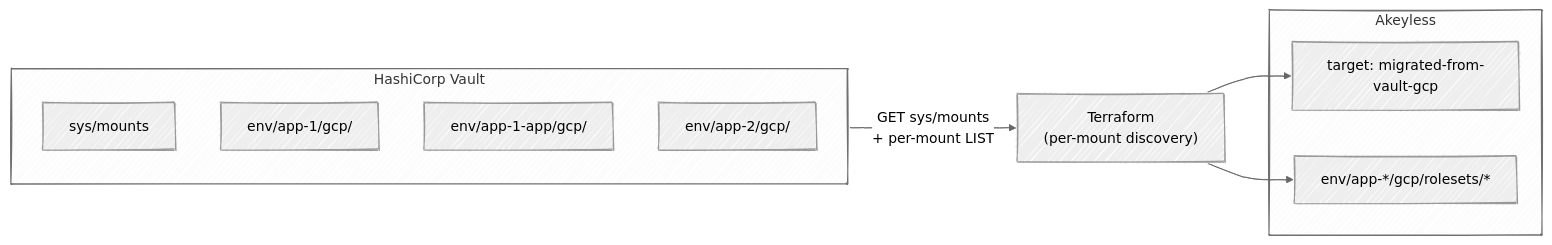
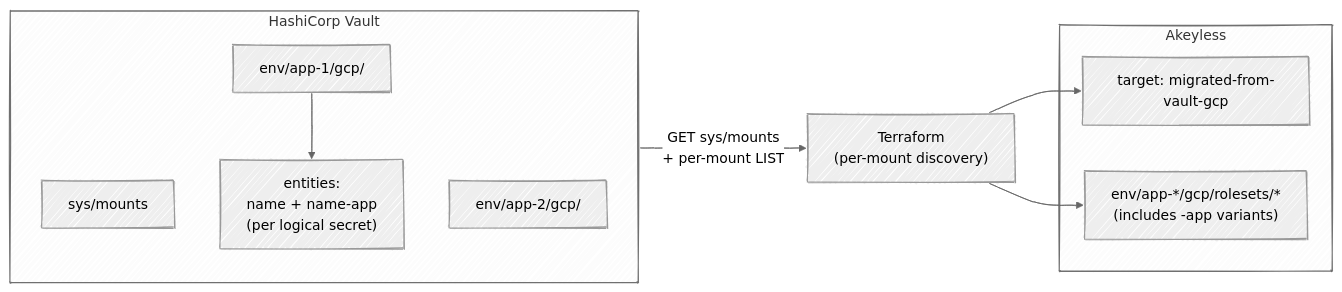
One commit to Fahmy-Kadiri-akl/vault-to-akeyless-dynamic-secrets changed the diagram in README.md. Above: the diagram before and after it, drawn with Mermaid. The commit also changed other lines of this file and 10 other files, not shown here.

````diff
--- a/README.md
+++ b/README.md
@@ -9,22 +9,23 @@
 ```mermaid
 ---
 config:
   look: handDrawn
   theme: neutral
 ---
 flowchart LR
   subgraph V["HashiCorp Vault"]
     SM["sys/mounts"]
     M1["env/app-1/gcp/"]
-    M2["env/app-1-app/gcp/"]
-    M3["env/app-2/gcp/"]
+    M2["env/app-2/gcp/"]
+    E1["entities:<br/>name + name-app<br/>(per logical secret)"]
+    M1 --> E1
   end
   TF["Terraform<br/>(per-mount discovery)"]
   subgraph AK["Akeyless"]
     T["target: migrated-from-vault-gcp"]
-    DS["env/app-*/gcp/rolesets/*"]
+    DS["env/app-*/gcp/rolesets/*<br/>(includes -app variants)"]
   end
   V -->|"GET sys/mounts<br/>+ per-mount LIST"| TF
   TF --> T
   TF --> DS
 ```
````
